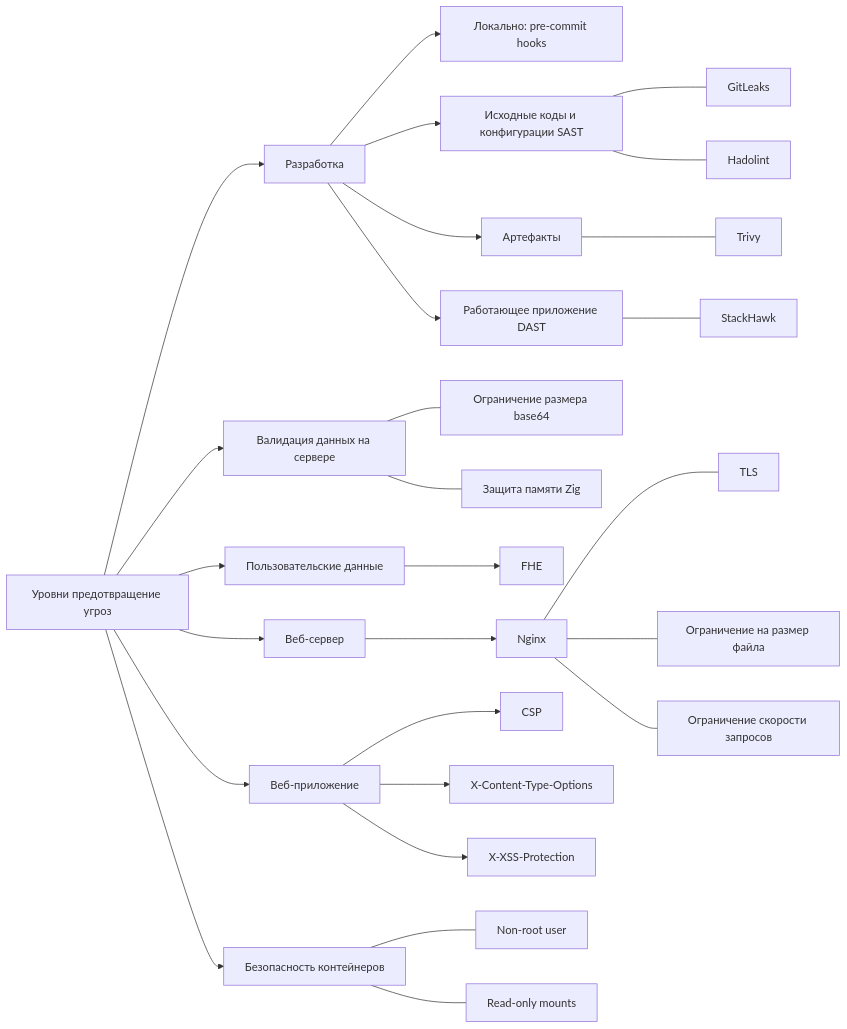
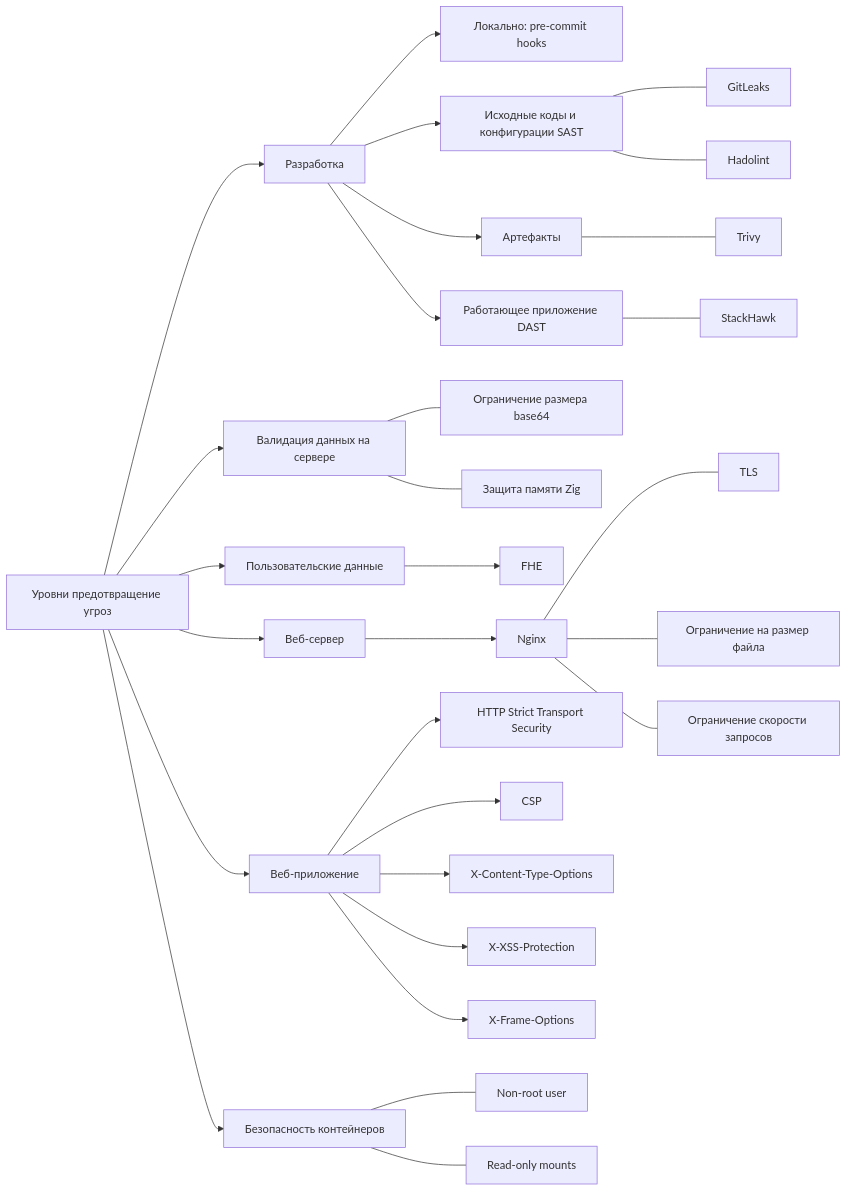
One commit to butvinm/GenZ changed the fifth of 5 diagrams in REPORT.md. Above: the diagram before and after it, drawn with Mermaid. The commit also changed other lines of this file and 1 other file, not shown here.

Commit message:
Configure Strict-Transport-Security to prevent downgrade attack

````diff
--- a/REPORT.md
+++ b/REPORT.md
@@ -268,42 +268,44 @@
 ```mermaid
 graph LR
     Root[Уровни предотвращение угроз]
 
     %% Ветвь 1
     Root --> Dev[Разработка]
     Dev --> DevProcess[Локально: pre-commit hooks]
     Dev --> SAST[Исходные коды и конфигурации SAST]
     SAST --- GitLeaks
     SAST --- Hadolint
     Dev --> Art[Артефакты]
     Art --- Trivy
     Dev --> DAST[Работающее приложение DAST]
     DAST --- StackHawk
 
     %% Ветвь 2
     Root --> Server[Валидация данных на сервере]
     Server --- base64[Ограничение размера base64]
     Server --- memory[Защита памяти Zig]
 
     %% Ветвь 3
     Root --> UserData[Пользовательские данные]
     UserData --> FHE
 
     %% Ветвь 4
     Root --> Proxy[Веб-сервер]
     Proxy --> Nginx
     Nginx --- TLS
     Nginx --- Limit[Ограничение на размер файла]
     Nginx --- RateLimit[Ограничение скорости запросов]
 
     %% Ветвь 5
     Root --> WebApp[Веб-приложение]
+    WebApp --> HSTS[HTTP Strict Transport Security]
     WebApp --> CSP
     WebApp --> X-Content-Type-Options
     WebApp --> X-XSS-Protection
+    WebApp --> X-Frame-Options
 
     %% Ветвь 6
     Root --> Container[Безопасность контейнеров]
     Container --- NonRoot[Non-root user]
     Container --- ReadOnly[Read-only mounts]
 ```
````
